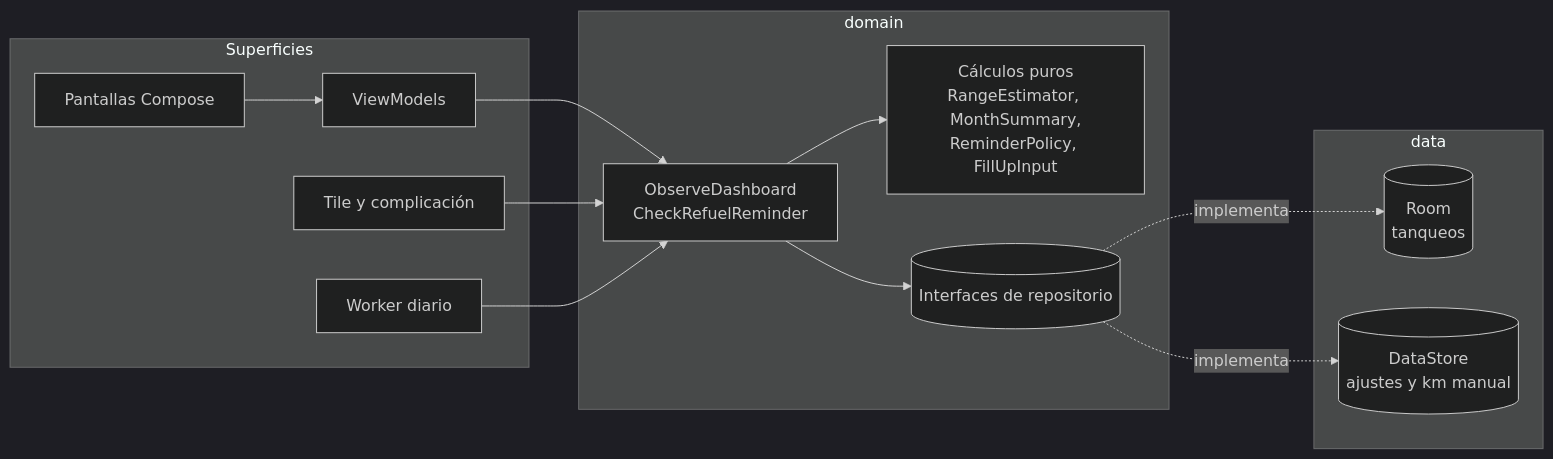
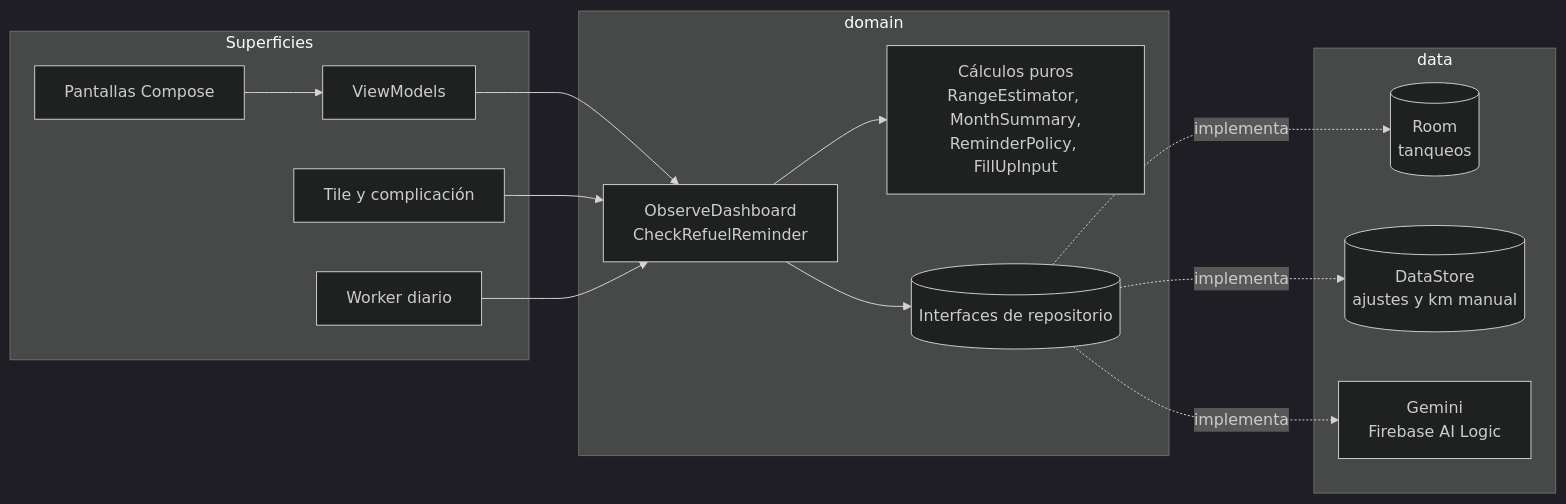
One commit to tulcansantiago08-cell/Tanqueo changed the diagram in README.md. Above: the diagram before and after it, drawn with Mermaid (dark theme). The commit also changed other lines of this file and 11 other files, not shown here.

````diff
--- a/README.md
+++ b/README.md
@@ -110,24 +138,26 @@
 ```mermaid
 flowchart LR
     subgraph Superficies
         S[Pantallas Compose] --> VM[ViewModels]
         T[Tile y complicación]
         W[Worker diario]
     end
     subgraph Domain["domain"]
         UC[ObserveDashboard<br/>CheckRefuelReminder]
         C[Cálculos puros<br/>RangeEstimator, MonthSummary,<br/>ReminderPolicy, FillUpInput]
         R[(Interfaces de repositorio)]
     end
     subgraph Data["data"]
         DB[(Room<br/>tanqueos)]
         DS[(DataStore<br/>ajustes y km manual)]
+        AI[Gemini<br/>Firebase AI Logic]
     end
     VM --> UC
     T --> UC
     W --> UC
     UC --> C
     UC --> R
     R -.implementa.-> DB
     R -.implementa.-> DS
+    R -.implementa.-> AI
 ```
````
